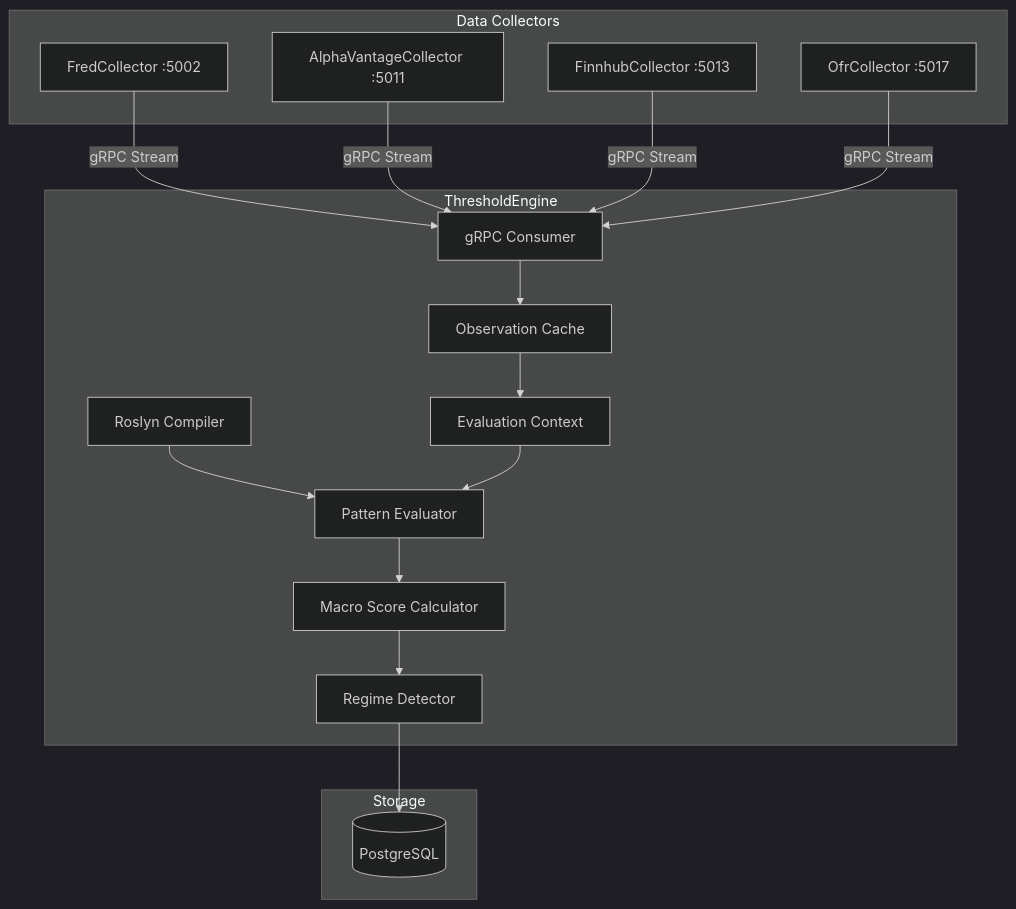
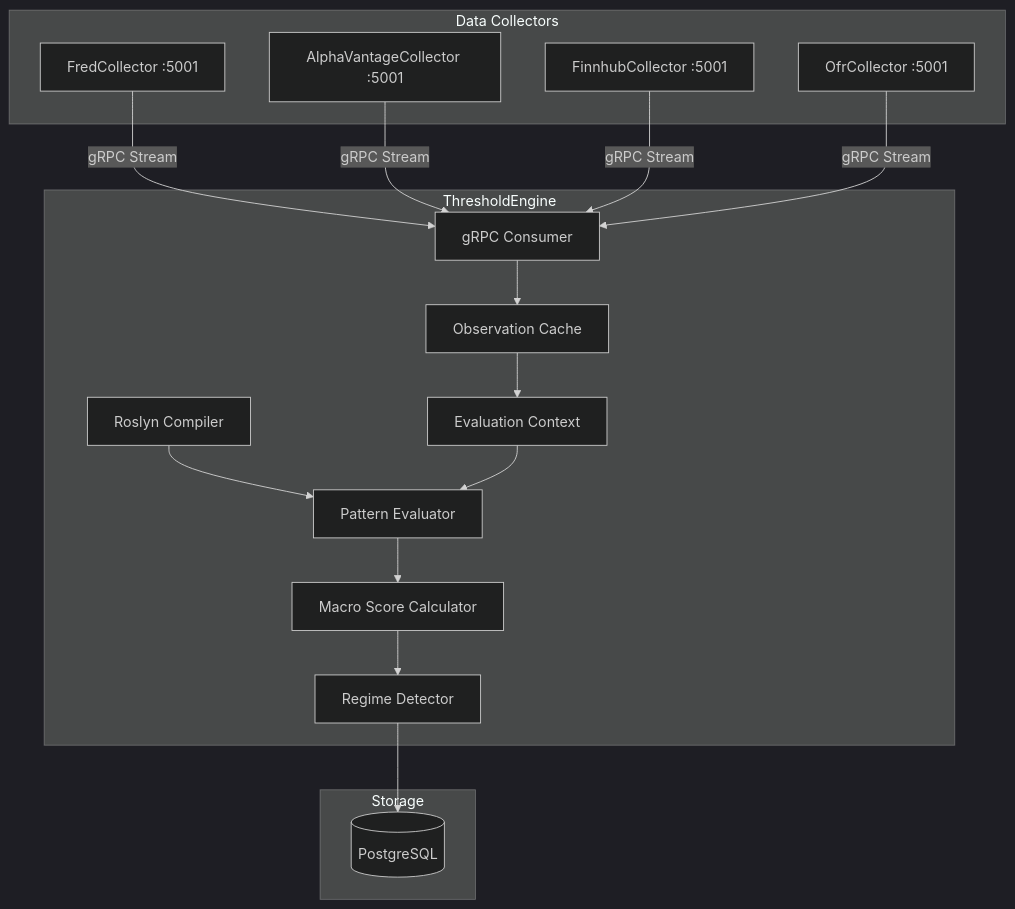
Before and after one commit to jpansarasa/ATLAS-Docs: the diagram in ThresholdEngine/README.md, drawn with Mermaid (dark theme). The commit also changed other lines of this file and 24 other files, not shown here.

````diff
--- a/ThresholdEngine/README.md
+++ b/ThresholdEngine/README.md
@@ -13,32 +13,32 @@
 ```mermaid
 flowchart TD
     subgraph Collectors [Data Collectors]
-        FC[FredCollector :5002]
-        AV[AlphaVantageCollector :5011]
-        FH[FinnhubCollector :5013]
-        OC[OfrCollector :5017]
+        FC[FredCollector :5001]
+        AV[AlphaVantageCollector :5001]
+        FH[FinnhubCollector :5001]
+        OC[OfrCollector :5001]
     end
 
     subgraph Core [ThresholdEngine]
         Consumer[gRPC Consumer]
         Cache[Observation Cache]
         Roslyn[Roslyn Compiler]
         Context[Evaluation Context]
         Evaluator[Pattern Evaluator]
         MacroScore[Macro Score Calculator]
         Regime[Regime Detector]
     end
 
     subgraph Storage
         DB[(PostgreSQL)]
     end
 
     FC & AV & FH & OC -- gRPC Stream --> Consumer
     Consumer --> Cache
     Cache --> Context
     Roslyn --> Evaluator
     Context --> Evaluator
     Evaluator --> MacroScore
     MacroScore --> Regime
     Regime --> DB
 ```
````
